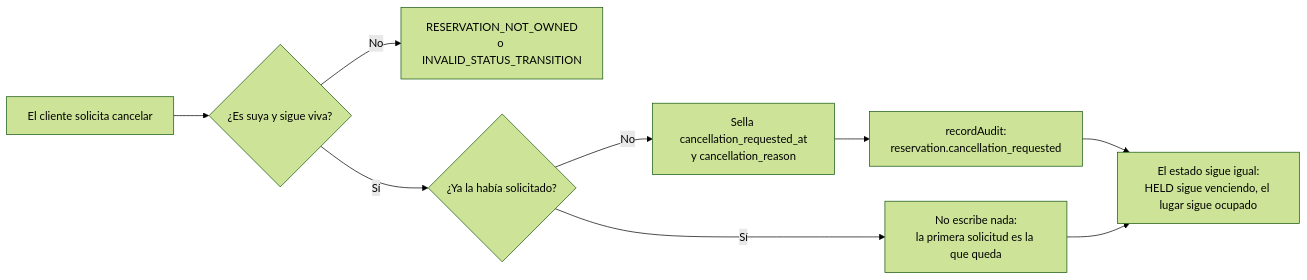
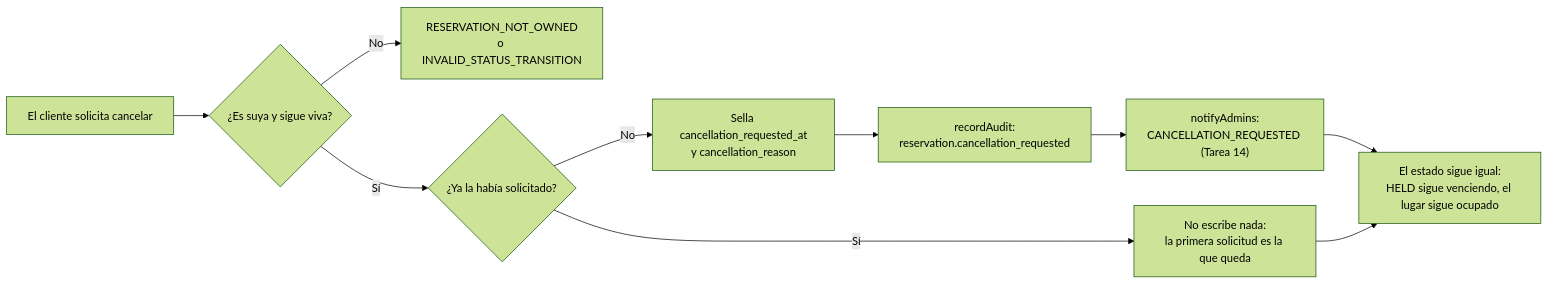
Before and after one commit to erickgs2/ruta_mochilera: the fifth of 5 diagrams in docs/diagrams/trip-reservation.md, drawn with Mermaid (forest theme). The commit also changed other lines of this file and 3 other files, not shown here.

First line of the commit message:
feat(reservations): notify staff when a customer requests cancellation

````diff
--- a/docs/diagrams/trip-reservation.md
+++ b/docs/diagrams/trip-reservation.md
@@ -127,11 +127,12 @@
 ```mermaid
 flowchart LR
     A["El cliente solicita cancelar"] --> B{"¿Es suya y sigue viva?"}
     B -- No --> C["RESERVATION_NOT_OWNED<br/>o INVALID_STATUS_TRANSITION"]
     B -- Sí --> D{"¿Ya la había solicitado?"}
     D -- Sí --> E["No escribe nada:<br/>la primera solicitud es la que queda"]
     D -- No --> F["Sella cancellation_requested_at<br/>y cancellation_reason"]
     F --> G["recordAudit:<br/>reservation.cancellation_requested"]
-    G --> H["El estado sigue igual:<br/>HELD sigue venciendo, el lugar sigue ocupado"]
+    G --> G2["notifyAdmins:<br/>CANCELLATION_REQUESTED (Tarea 14)"]
+    G2 --> H["El estado sigue igual:<br/>HELD sigue venciendo, el lugar sigue ocupado"]
     E --> H
 ```
````
